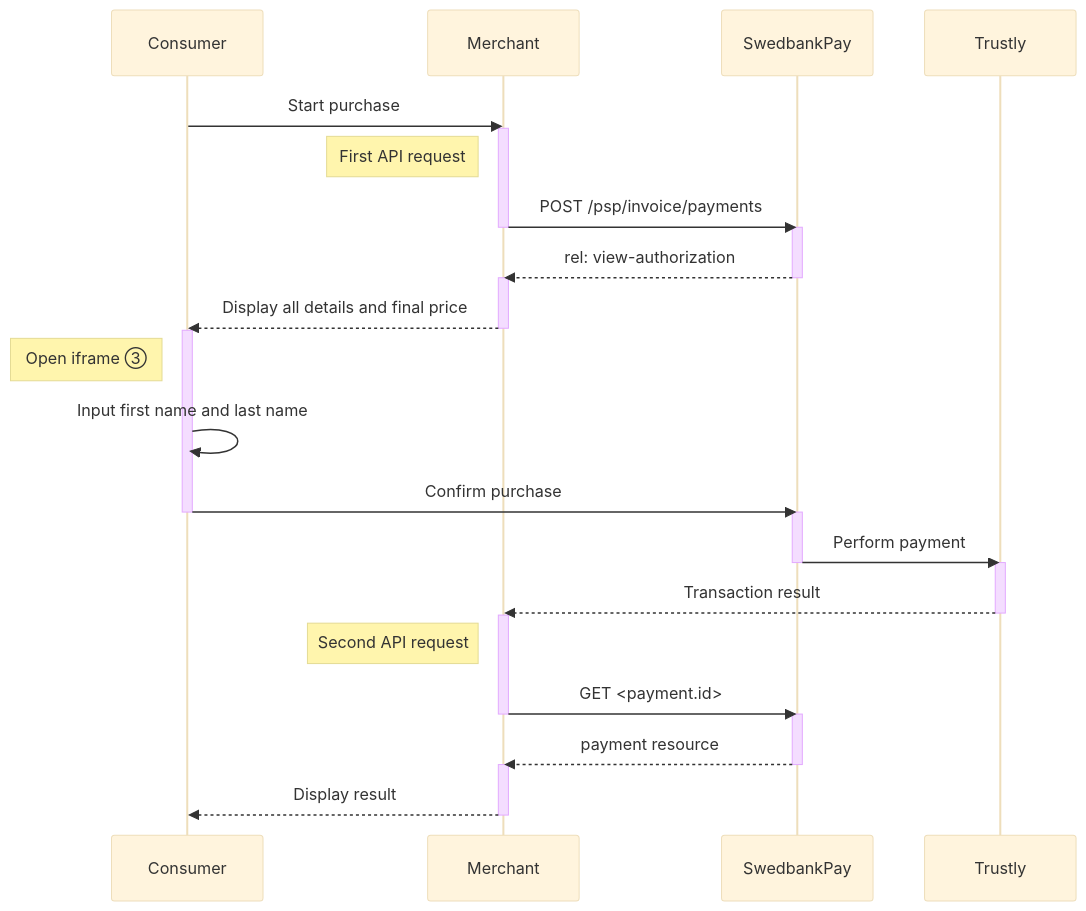
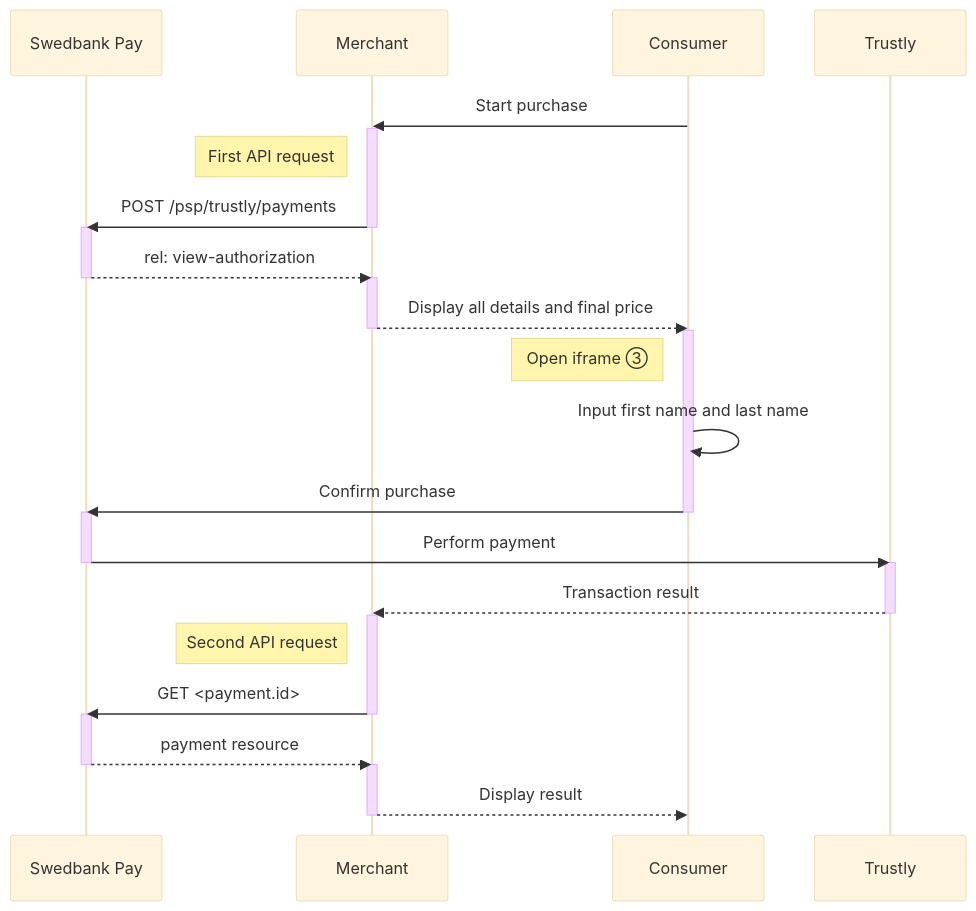
Before and after one commit to SwedbankPay/developer.swedbankpay.com: the diagram in payments/trustly/seamless-view.md, drawn with Mermaid (base theme). The commit also changed other lines of this file and 4 other files, not shown here.

Commit message:
removed capture, invoice. Corrected seq diagram

````diff
--- a/payments/trustly/seamless-view.md
+++ b/payments/trustly/seamless-view.md
@@ -252,26 +252,31 @@
 ```mermaid
 sequenceDiagram
+    participant SwedbankPay as Swedbank Pay
+    participant Merchant
+    participant Consumer
+    participant Trustly
+
     Consumer->>Merchant: Start purchase
     activate Merchant
     note left of Merchant: First API request
-    Merchant->>-SwedbankPay: POST /psp/invoice/payments
+    Merchant->>-SwedbankPay: POST /psp/trustly/payments
     activate SwedbankPay
     SwedbankPay-->>-Merchant: rel: view-authorization
     activate Merchant
     Merchant-->>-Consumer: Display all details and final price
     activate Consumer
     note left of Consumer: Open iframe ③
     Consumer->>Consumer: Input first name and last name
     Consumer->>-SwedbankPay: Confirm purchase
     activate SwedbankPay
     SwedbankPay->>-Trustly: Perform payment
     activate Trustly
     Trustly-->>-Merchant: Transaction result
     activate Merchant
     note left of Merchant: Second API request
     Merchant->>-SwedbankPay: GET <payment.id>
     activate SwedbankPay
     SwedbankPay-->>-Merchant: payment resource
     activate Merchant
     Merchant-->>-Consumer: Display result
 ```
````
